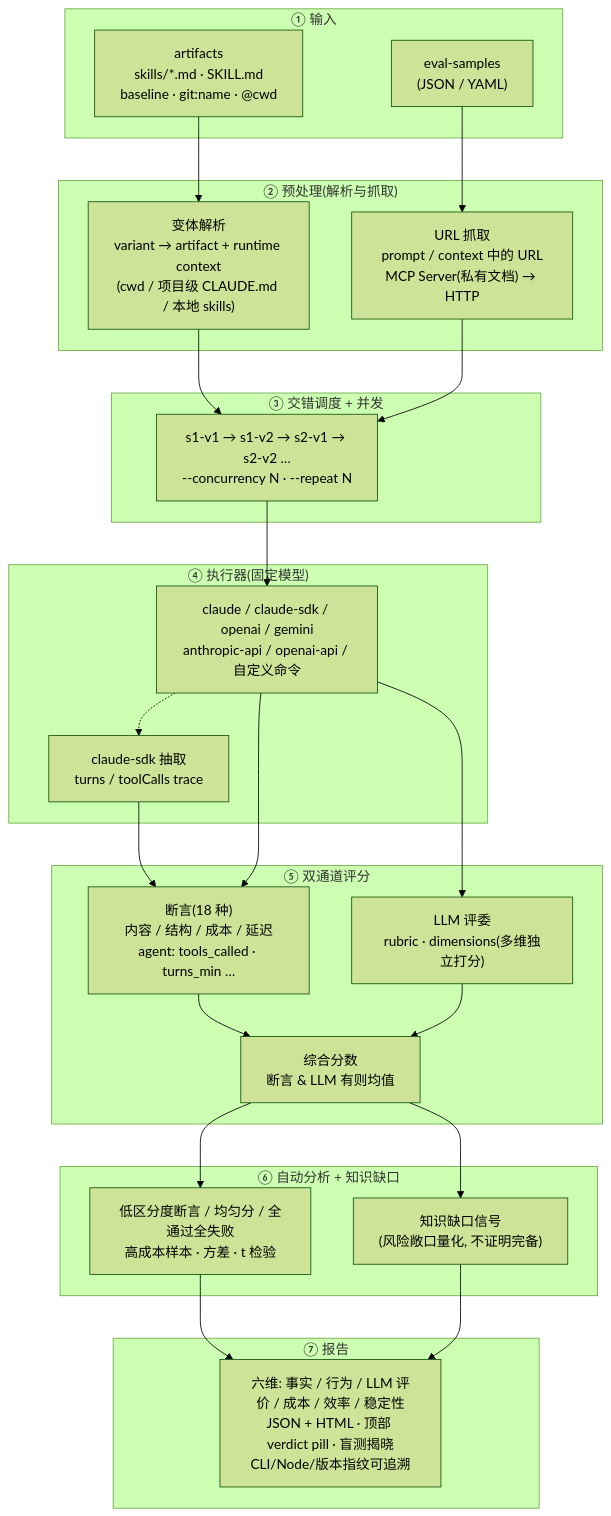
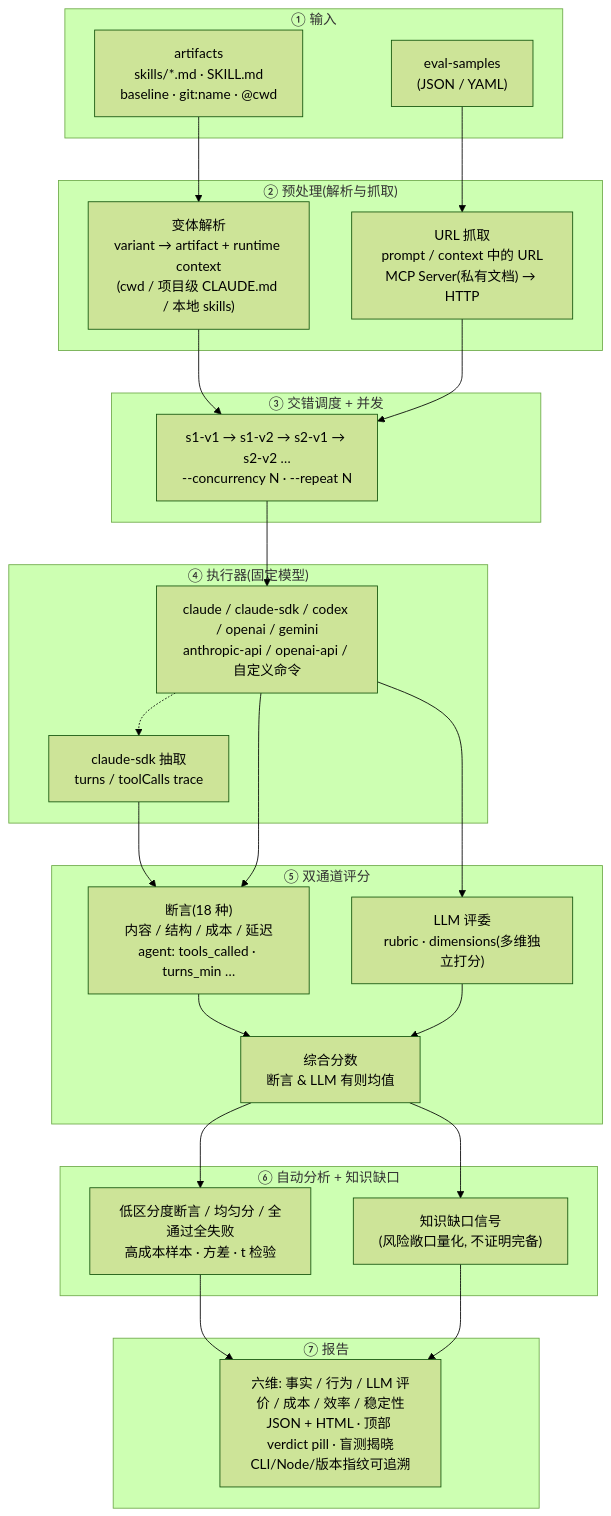
Before and after one commit to lizhiyao/oh-my-knowledge: the diagram in README.zh.md, drawn with Mermaid (forest theme). The commit also changed other lines of this file and 3 other files, not shown here.

````diff
--- a/README.zh.md
+++ b/README.zh.md
@@ -119,52 +119,52 @@
 ```mermaid
 flowchart TD
     subgraph Input["① 输入"]
         S["eval-samples<br/>(JSON / YAML)"]
         A["artifacts<br/>skills/*.md · SKILL.md<br/>baseline · git:name · @cwd"]
     end
 
     subgraph Prep["② 预处理(解析与抓取)"]
         V["变体解析<br/>variant → artifact + runtime context<br/>(cwd / 项目级 CLAUDE.md / 本地 skills)"]
         U["URL 抓取<br/>prompt / context 中的 URL<br/>MCP Server(私有文档) → HTTP"]
     end
 
     subgraph Schedule["③ 交错调度 + 并发"]
         Q["s1-v1 → s1-v2 → s2-v1 → s2-v2 …<br/>--concurrency N · --repeat N"]
     end
 
     subgraph Exec["④ 执行器(固定模型)"]
-        E["claude / claude-sdk / openai / gemini<br/>anthropic-api / openai-api / 自定义命令"]
+        E["claude / claude-sdk / codex / openai / gemini<br/>anthropic-api / openai-api / 自定义命令"]
         T["claude-sdk 抽取<br/>turns / toolCalls trace"]
         E -.-> T
     end
 
     subgraph Score["⑤ 双通道评分"]
         AS["断言(18 种)<br/>内容 / 结构 / 成本 / 延迟<br/>agent: tools_called · turns_min …"]
         LS["LLM 评委<br/>rubric · dimensions(多维独立打分)"]
         CS["综合分数<br/>断言 & LLM 有则均值"]
         AS --> CS
         LS --> CS
     end
 
     subgraph Analyze["⑥ 自动分析 + 知识缺口"]
         D["低区分度断言 / 均匀分 / 全通过全失败<br/>高成本样本 · 方差 · t 检验"]
         G["知识缺口信号<br/>(风险敞口量化, 不证明完备)"]
     end
 
     subgraph Report["⑦ 报告"]
         R["六维: 事实 / 行为 / LLM 评价 / 成本 / 效率 / 稳定性<br/>JSON + HTML · 顶部 verdict pill · 盲测揭晓<br/>CLI/Node/版本指纹可追溯"]
     end
 
     S --> U
     A --> V
     V --> Q
     U --> Q
     Q --> E
     T --> AS
     E --> AS
     E --> LS
     CS --> D
     CS --> G
     D --> R
     G --> R
 ```
````
